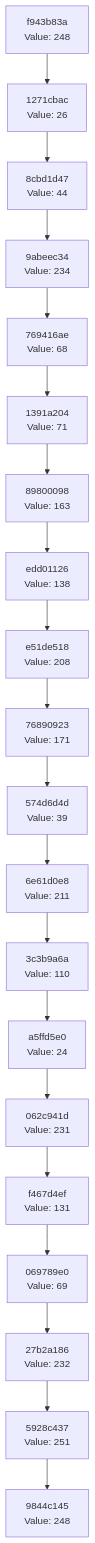
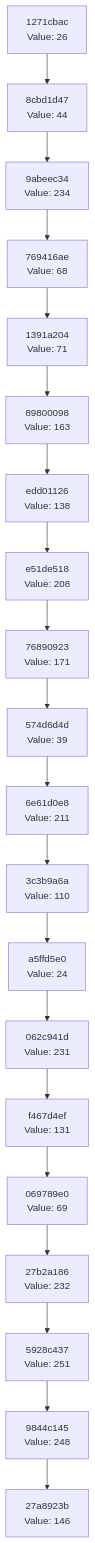
Before and after one commit to Abhisheksinha1506/hash-chain-evolver: the diagram in docs/CHAIN_VISUALIZATION.md, drawn with Mermaid. The commit also changed 2 other files, not shown here.

Commit message:
Evolution Step

````diff
--- a/docs/CHAIN_VISUALIZATION.md
+++ b/docs/CHAIN_VISUALIZATION.md
@@ -3,42 +3,42 @@
 ```mermaid
 graph TD
-    C0["9844c145<br/>Value: 248"]
-    C1["5928c437<br/>Value: 251"]
+    C0["27a8923b<br/>Value: 146"]
+    C1["9844c145<br/>Value: 248"]
     C1 --> C0
-    C2["27b2a186<br/>Value: 232"]
+    C2["5928c437<br/>Value: 251"]
     C2 --> C1
-    C3["069789e0<br/>Value: 69"]
+    C3["27b2a186<br/>Value: 232"]
     C3 --> C2
-    C4["f467d4ef<br/>Value: 131"]
+    C4["069789e0<br/>Value: 69"]
     C4 --> C3
-    C5["062c941d<br/>Value: 231"]
+    C5["f467d4ef<br/>Value: 131"]
     C5 --> C4
-    C6["a5ffd5e0<br/>Value: 24"]
+    C6["062c941d<br/>Value: 231"]
     C6 --> C5
-    C7["3c3b9a6a<br/>Value: 110"]
+    C7["a5ffd5e0<br/>Value: 24"]
     C7 --> C6
-    C8["6e61d0e8<br/>Value: 211"]
+    C8["3c3b9a6a<br/>Value: 110"]
     C8 --> C7
-    C9["574d6d4d<br/>Value: 39"]
+    C9["6e61d0e8<br/>Value: 211"]
     C9 --> C8
-    C10["76890923<br/>Value: 171"]
+    C10["574d6d4d<br/>Value: 39"]
     C10 --> C9
-    C11["e51de518<br/>Value: 208"]
+    C11["76890923<br/>Value: 171"]
     C11 --> C10
-    C12["edd01126<br/>Value: 138"]
+    C12["e51de518<br/>Value: 208"]
     C12 --> C11
-    C13["89800098<br/>Value: 163"]
+    C13["edd01126<br/>Value: 138"]
     C13 --> C12
-    C14["1391a204<br/>Value: 71"]
+    C14["89800098<br/>Value: 163"]
     C14 --> C13
-    C15["769416ae<br/>Value: 68"]
+    C15["1391a204<br/>Value: 71"]
     C15 --> C14
-    C16["9abeec34<br/>Value: 234"]
+    C16["769416ae<br/>Value: 68"]
     C16 --> C15
-    C17["8cbd1d47<br/>Value: 44"]
+    C17["9abeec34<br/>Value: 234"]
     C17 --> C16
-    C18["1271cbac<br/>Value: 26"]
+    C18["8cbd1d47<br/>Value: 44"]
     C18 --> C17
-    C19["f943b83a<br/>Value: 248"]
+    C19["1271cbac<br/>Value: 26"]
     C19 --> C18
 ```
````
